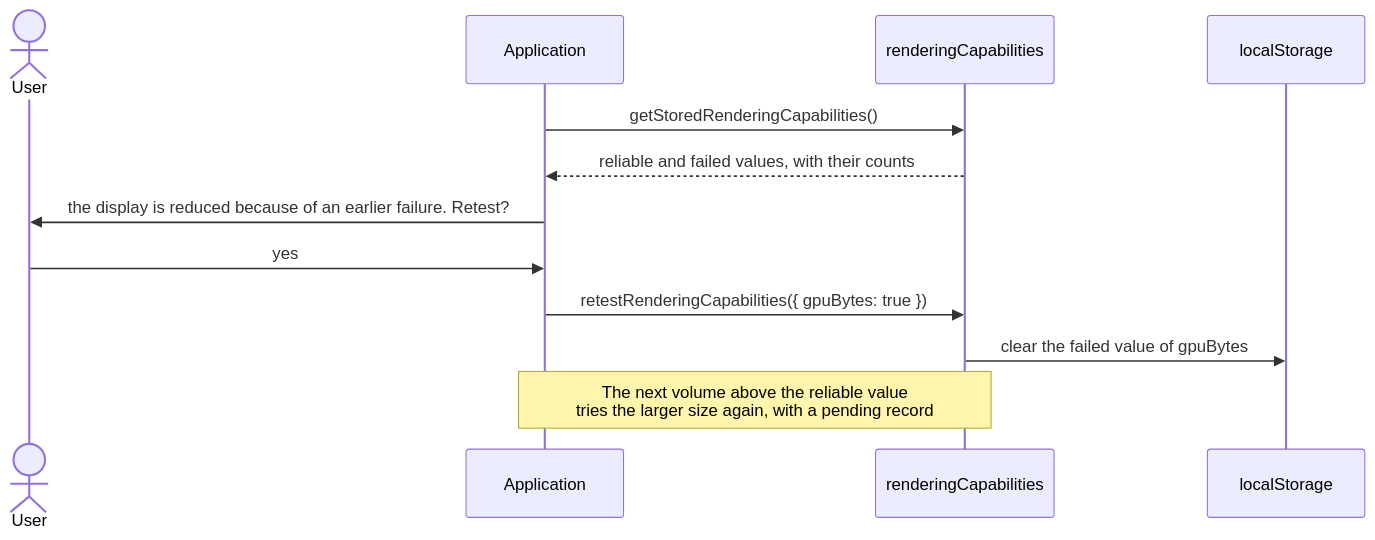
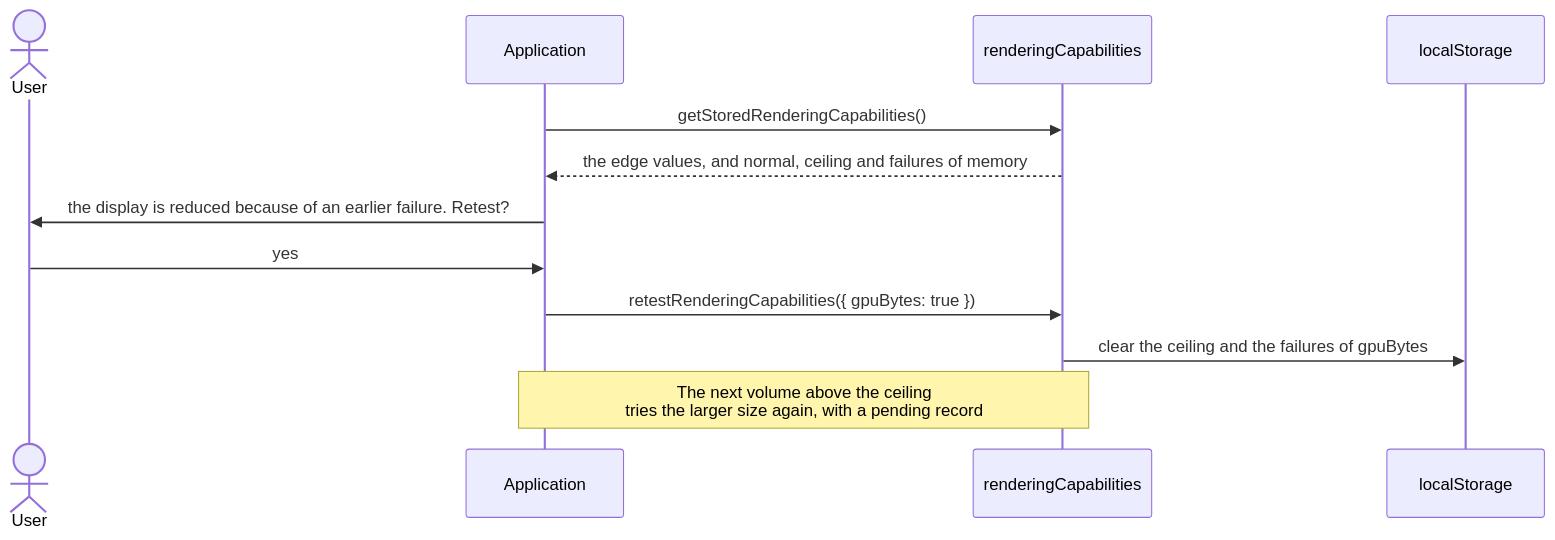
Before and after one commit to cornerstonejs/cornerstone3D: the third of 3 diagrams in packages/docs/docs/specs/core/gpu-device-limits.md, drawn with Mermaid. The commit also changed other lines of this file and 15 other files, not shown here.

First line of the commit message:
feat(core): count the GPU memory of the page, and lower the auto memory limit only after repeated failures

````diff
--- a/packages/docs/docs/specs/core/gpu-device-limits.md
+++ b/packages/docs/docs/specs/core/gpu-device-limits.md
@@ -213,15 +235,15 @@
 ```mermaid
 sequenceDiagram
     actor User
     participant App as Application
     participant RC as renderingCapabilities
     participant Store as localStorage
 
     App->>RC: getStoredRenderingCapabilities()
-    RC-->>App: reliable and failed values, with their counts
+    RC-->>App: the edge values, and normal, ceiling and failures of memory
     App->>User: the display is reduced because of an earlier failure. Retest?
     User->>App: yes
     App->>RC: retestRenderingCapabilities({ gpuBytes: true })
-    RC->>Store: clear the failed value of gpuBytes
-    Note over App,RC: The next volume above the reliable value<br/>tries the larger size again, with a pending record
+    RC->>Store: clear the ceiling and the failures of gpuBytes
+    Note over App,RC: The next volume above the ceiling<br/>tries the larger size again, with a pending record
 ```
````
